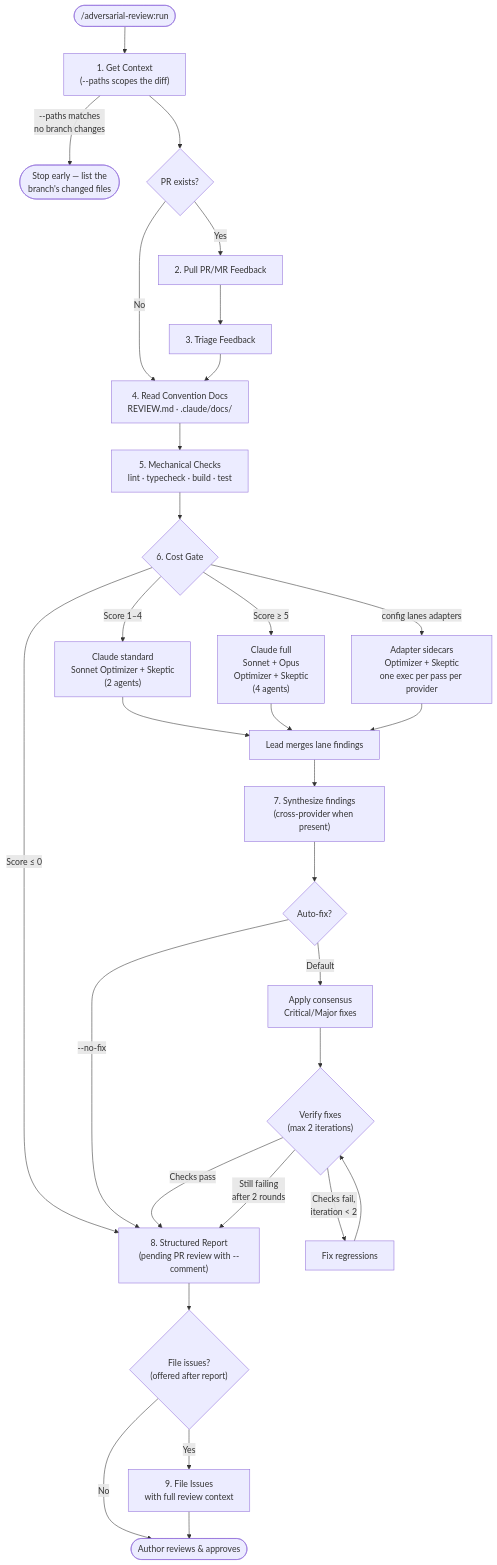
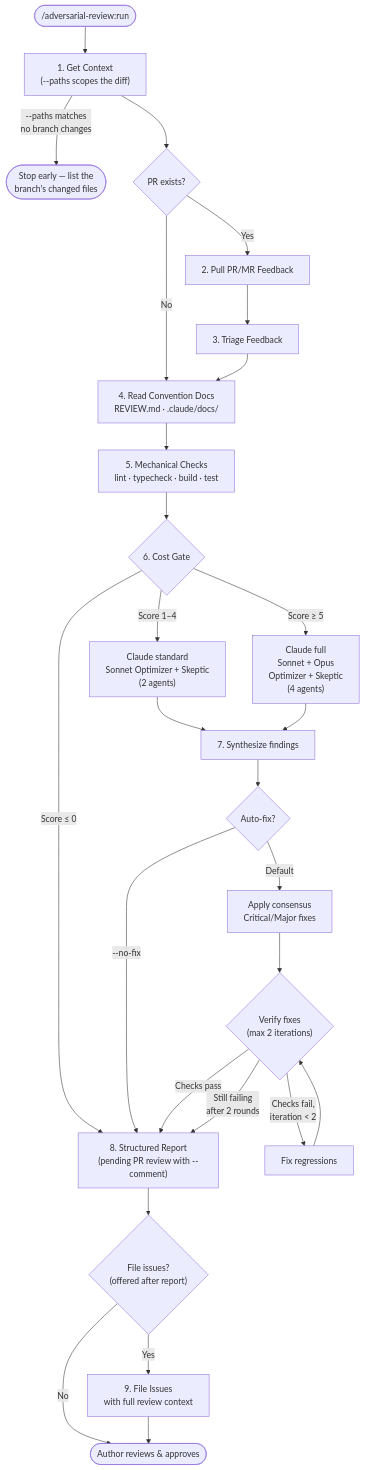
The diagram in README.md (emouty/adversarial-review), drawn with Mermaid before and after one commit. The commit also changed other lines of this file and 7 other files, not shown here.

Commit message:
feat!: remove cross-vendor lanes, review is Claude-only

````diff
--- a/README.md
+++ b/README.md
@@ -53,30 +49,27 @@
 ```mermaid
 flowchart TD
     Start(["/adversarial-review:run"]) --> Context["1. Get Context<br/>(--paths scopes the diff)"]
     Context -->|"--paths matches<br/>no branch changes"| ScopeStop(["Stop early — list the<br/>branch's changed files"])
     Context --> PR{PR exists?}
     PR -->|Yes| Feedback["2. Pull PR/MR Feedback"]
     PR -->|No| Docs
     Feedback --> Triage["3. Triage Feedback"]
     Triage --> Docs["4. Read Convention Docs<br/>REVIEW.md · .claude/docs/"]
     Docs --> Mechanical["5. Mechanical Checks<br/>lint · typecheck · build · test"]
     Mechanical --> Gate{"6. Cost Gate"}
     Gate -->|"Score ≤ 0"| Report
     Gate -->|"Score 1–4"| Standard["Claude standard<br/>Sonnet Optimizer + Skeptic<br/>(2 agents)"]
     Gate -->|"Score ≥ 5"| Full["Claude full<br/>Sonnet + Opus<br/>Optimizer + Skeptic<br/>(4 agents)"]
-    Gate -->|"config lanes adapters"| AdapterLanes["Adapter sidecars<br/>Optimizer + Skeptic<br/>one exec per pass per provider"]
-    Standard & Full --> ProviderMerge["Lead merges lane findings"]
-    AdapterLanes --> ProviderMerge
-    ProviderMerge --> Synth["7. Synthesize findings<br/>(cross-provider when present)"]
+    Standard & Full --> Synth["7. Synthesize findings"]
     Synth --> ModeCheck{Auto-fix?}
     ModeCheck -->|"--no-fix"| Report
     ModeCheck -->|"Default"| Apply["Apply consensus<br/>Critical/Major fixes"]
     Apply --> Verify{"Verify fixes<br/>(max 2 iterations)"}
     Verify -->|"Checks pass"| Report
     Verify -->|"Checks fail,<br/>iteration < 2"| Fix["Fix regressions"] --> Verify
     Verify -->|"Still failing<br/>after 2 rounds"| Report
     Report["8. Structured Report<br/>(pending PR review with --comment)"] --> Issues{"File issues?<br/>(offered after report)"}
     Issues -->|Yes| File["9. File Issues<br/>with full review context"]
     Issues -->|No| Done
     File --> Done([Author reviews & approves])
 ```
````
